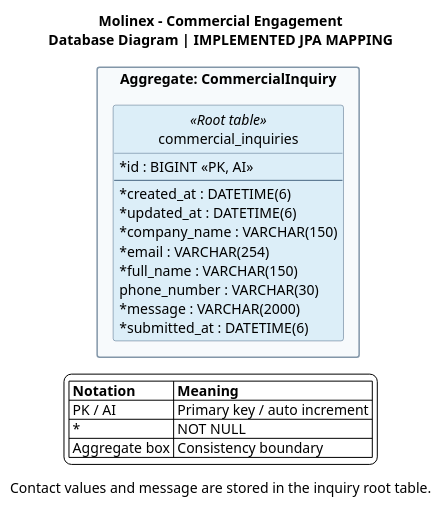
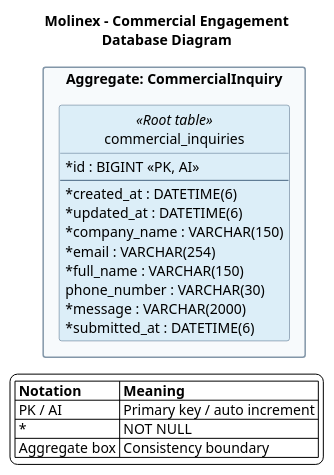
Before and after one commit to Vanguard-open-source/molinex-report: the diagram in assets/Images Chapter 4/Database Design/Database Diagrams/commercial-engagement-database.puml, drawn with PlantUML. The commit also changed 14 other files, not shown here.

Commit message:
docs(database): simplify diagram descriptions and titles

```diff
--- a/assets/Images Chapter 4/Database Design/Database Diagrams/commercial-engagement-database.puml
+++ b/assets/Images Chapter 4/Database Design/Database Diagrams/commercial-engagement-database.puml
@@ -1,40 +1,37 @@
 @startuml
 left to right direction
 hide circle
 hide methods
 skinparam backgroundColor #FFFFFF
 skinparam shadowing false
 skinparam defaultFontName Arial
 skinparam defaultFontSize 14
 skinparam classAttributeIconSize 0
 skinparam packageStyle rectangle
 skinparam ArrowColor #486581
 skinparam nodesep 50
 skinparam ranksep 75
 skinparam classBorderColor #486581
 skinparam packageBorderColor #8296A8
-title Molinex - Commercial Engagement\nDatabase Diagram | IMPLEMENTED JPA MAPPING
-caption
-Contact values and message are stored in the inquiry root table.
-endcaption
+title Molinex - Commercial Engagement\nDatabase Diagram
 package "Aggregate: CommercialInquiry" as aggregate_0 #F7FAFC {
 entity "commercial_inquiries" as commercial_inquiries <<Root table>> #DCEEF8 {
   * id : BIGINT <<PK, AI>>
   --
   * created_at : DATETIME(6)
   * updated_at : DATETIME(6)
   * company_name : VARCHAR(150)
   * email : VARCHAR(254)
   * full_name : VARCHAR(150)
   phone_number : VARCHAR(30)
   * message : VARCHAR(2000)
   * submitted_at : DATETIME(6)
 }
 }
 legend bottom
 |= Notation |= Meaning |
 | PK / AI | Primary key / auto increment |
 | * | NOT NULL |
 | Aggregate box | Consistency boundary |
 endlegend
 @enduml
```
